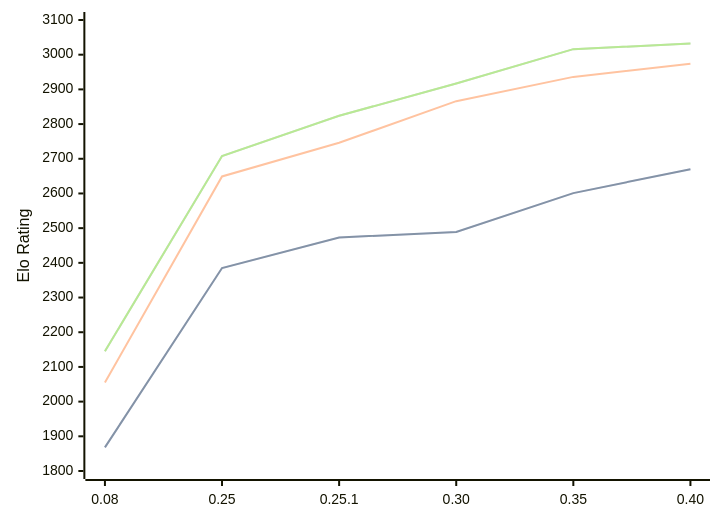
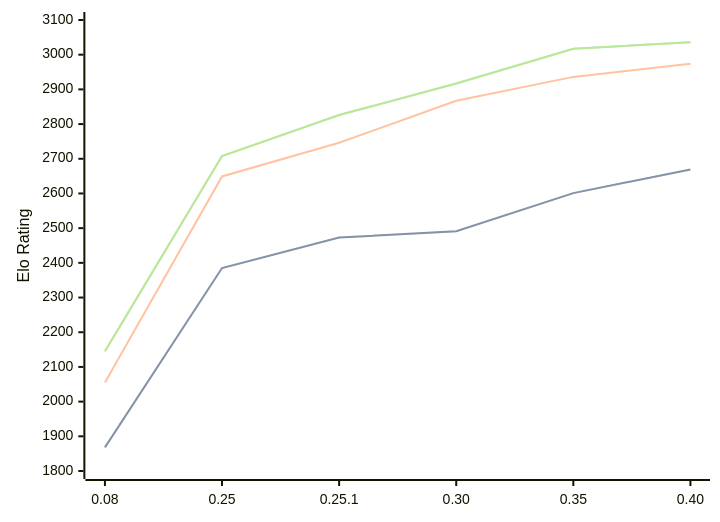
The diagram in engines/Gecko.md (computer-chess-index/cci), drawn with Mermaid before and after one commit. The commit also changed other lines of this file, not shown here.

Commit message:
Update CCI Ratings (ELO VLTC) - 2026-07-31

````diff
--- a/engines/Gecko.md
+++ b/engines/Gecko.md
@@ -36,11 +36,11 @@
 ```mermaid
 %%{init: {"theme":"base","themeVariables":{"seriesColors:['#a3a3a3','#222221','#faa371']}}}%%
 xychart-beta
   x-axis ["0.08", "0.25", "0.25.1", "0.30", "0.35", "0.40"]
   y-axis "Elo Rating" 1800 --> 3100
-  line "STC (8.0+0.08s)" [1868, 2385, 2473, 2489, 2601, 2670]
-  line "STC (8.0+0.08s)" [1868, 2385, 2473, 2489, 2601, 2670]
-  line "LTC (60.0+0.60s)" [2055, 2649, 2746, 2866, 2936, 2974]
-  line "VLTC (2m24s+1.12s)" [2145, 2708, 2824, 2917, 3016, 3032]
-  line "VLTC (2m24s+1.12s)" [2145, 2708, 2824, 2917, 3016, 3032]
+  line "STC (8.0+0.08s)" [1868, 2385, 2473, 2491, 2601, 2669]
+  line "STC (8.0+0.08s)" [1868, 2385, 2473, 2491, 2601, 2669]
+  line "LTC (60.0+0.60s)" [2055, 2649, 2746, 2867, 2936, 2974]
+  line "VLTC (2m24s+1.12s)" [2145, 2708, 2826, 2917, 3017, 3036]
+  line "VLTC (2m24s+1.12s)" [2145, 2708, 2826, 2917, 3017, 3036]
 ```
````
